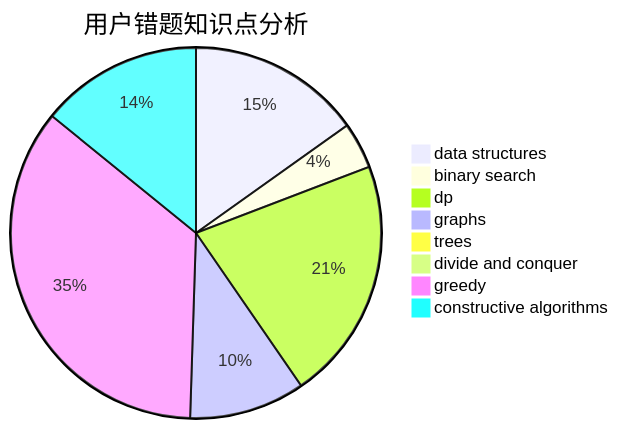
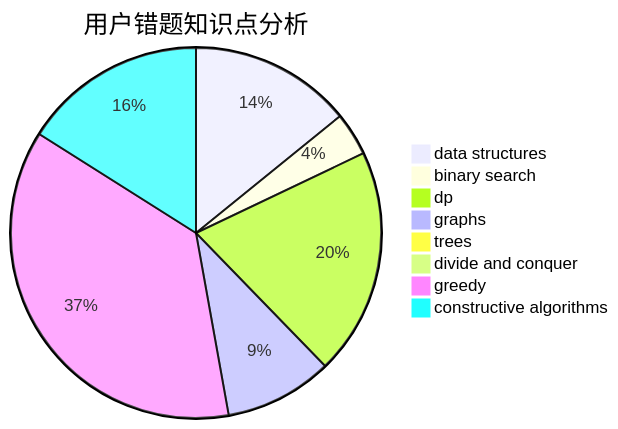
The third of 3 diagrams in docs/user/u1280.md (sherpahu/cfrs.github.io), drawn with Mermaid before and after one commit. The commit also changed other lines of this file and 2770 other files, not shown here.

````diff
--- a/docs/user/u1280.md
+++ b/docs/user/u1280.md
@@ -36,11 +36,11 @@
 ```mermaid
 pie title 用户错题知识点分析
     "data structures" :  15
     "binary search" :  4
     "dp" :  21
     "graphs" :  10
     "trees" :  0
     "divide and conquer" :  0
-    "greedy" :  35
-    "constructive algorithms" :  14
+    "greedy" :  39
+    "constructive algorithms" :  17
 ```
````
